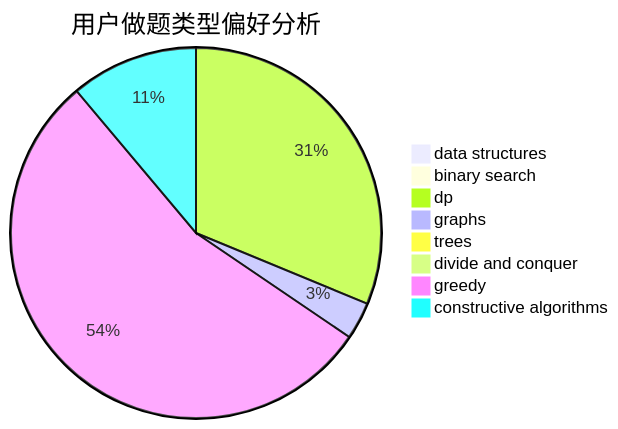
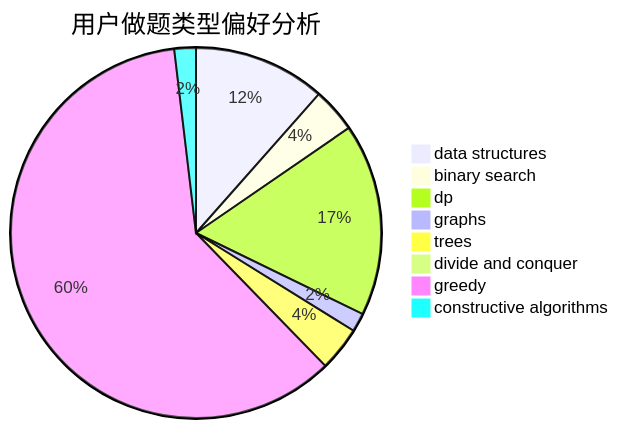
Before and after one commit to sherpahu/cfrs.github.io: the second of 3 diagrams in docs/user/u318.md, drawn with Mermaid. The commit also changed other lines of this file and 2770 other files, not shown here.

````diff
--- a/docs/user/u318.md
+++ b/docs/user/u318.md
@@ -23,11 +23,11 @@
 ```mermaid
 pie title 用户做题类型偏好分析
-    "data structures" :  3
-    "binary search" :  4
-    "dp" :  278
-    "graphs" :  29
-    "trees" :  6
-    "divide and conquer" :  1
-    "greedy" :  484
-    "constructive algorithms" :  99
+    "data structures" :  92
+    "binary search" :  31
+    "dp" :  134
+    "graphs" :  13
+    "trees" :  31
+    "divide and conquer" :  0
+    "greedy" :  482
+    "constructive algorithms" :  15
 ```
````
